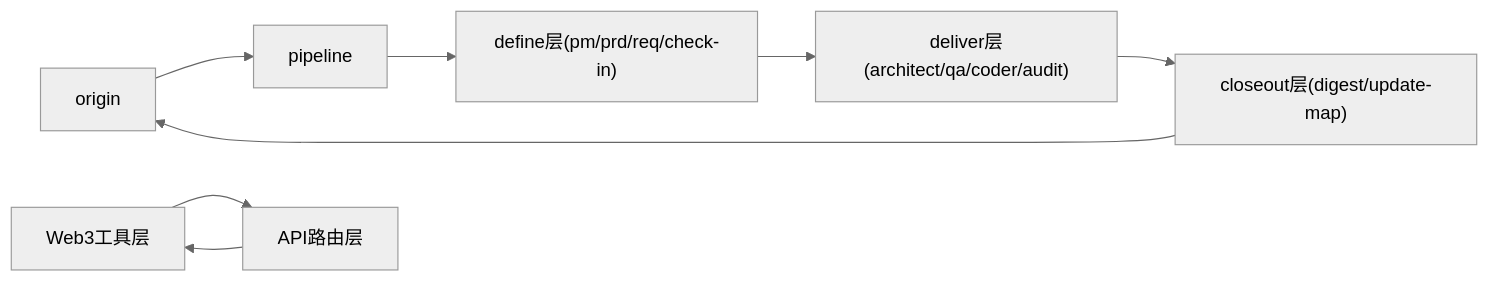
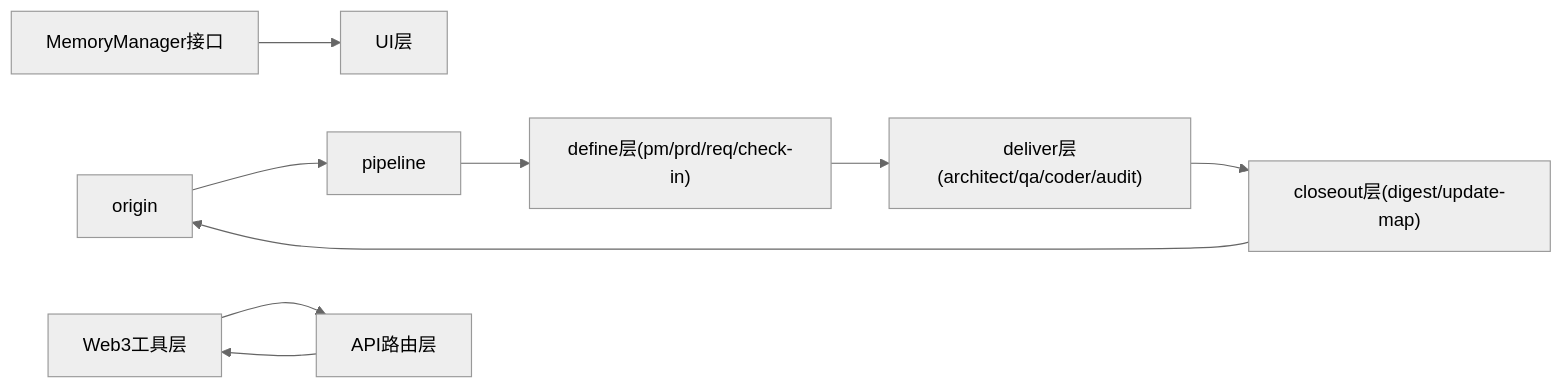
Before and after one commit to CryptoLinxu/Web3-AI-Agent: the fifth of 5 diagrams in .qoder/repowiki/zh/content/技能系统架构/技能系统架构.md, drawn with Mermaid (neutral theme). The commit also changed other lines of this file and 6 other files, not shown here.

````diff
--- a/.qoder/repowiki/zh/content/技能系统架构/技能系统架构.md
+++ b/.qoder/repowiki/zh/content/技能系统架构/技能系统架构.md
@@ -455,10 +682,11 @@
 ```mermaid
 graph LR
 OR["origin"] --> PL["pipeline"]
 PL --> DEF["define层(pm/prd/req/check-in)"]
 DEF --> DEL["deliver层(architect/qa/coder/audit)"]
 DEL --> CL["closeout层(digest/update-map)"]
 CL --> OR
+MM["MemoryManager接口"] --> UI["UI层"]
 WT["Web3工具层"] --> API["API路由层"]
 API --> WT
 ```
````
